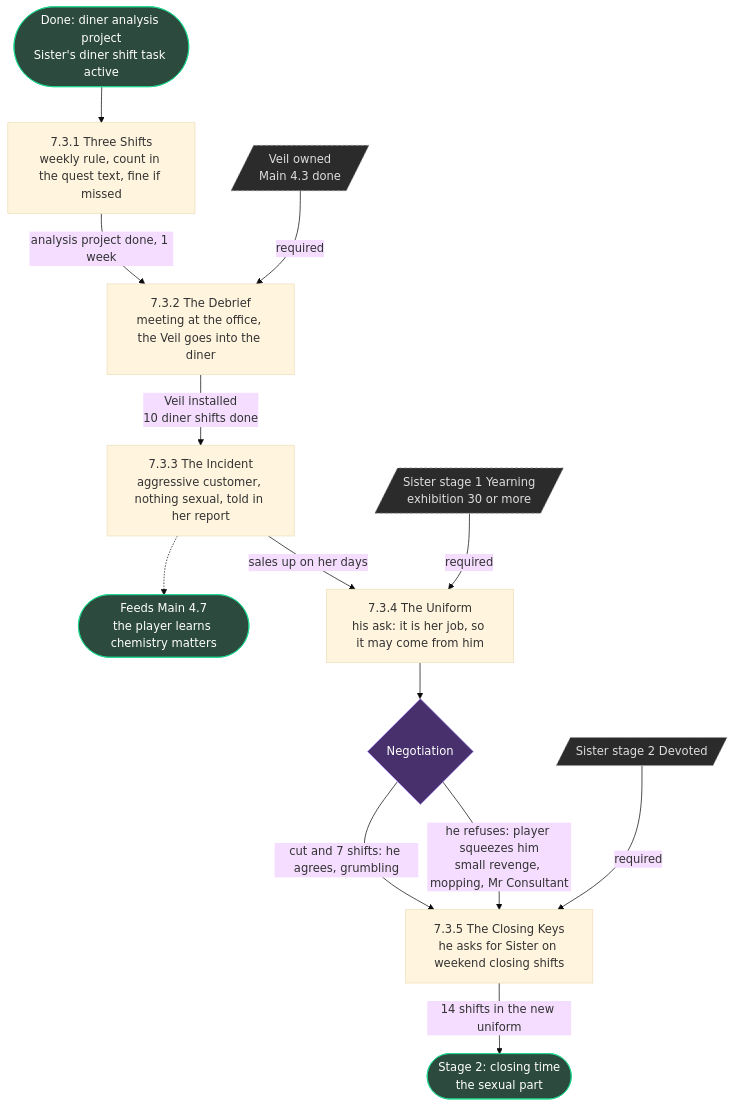
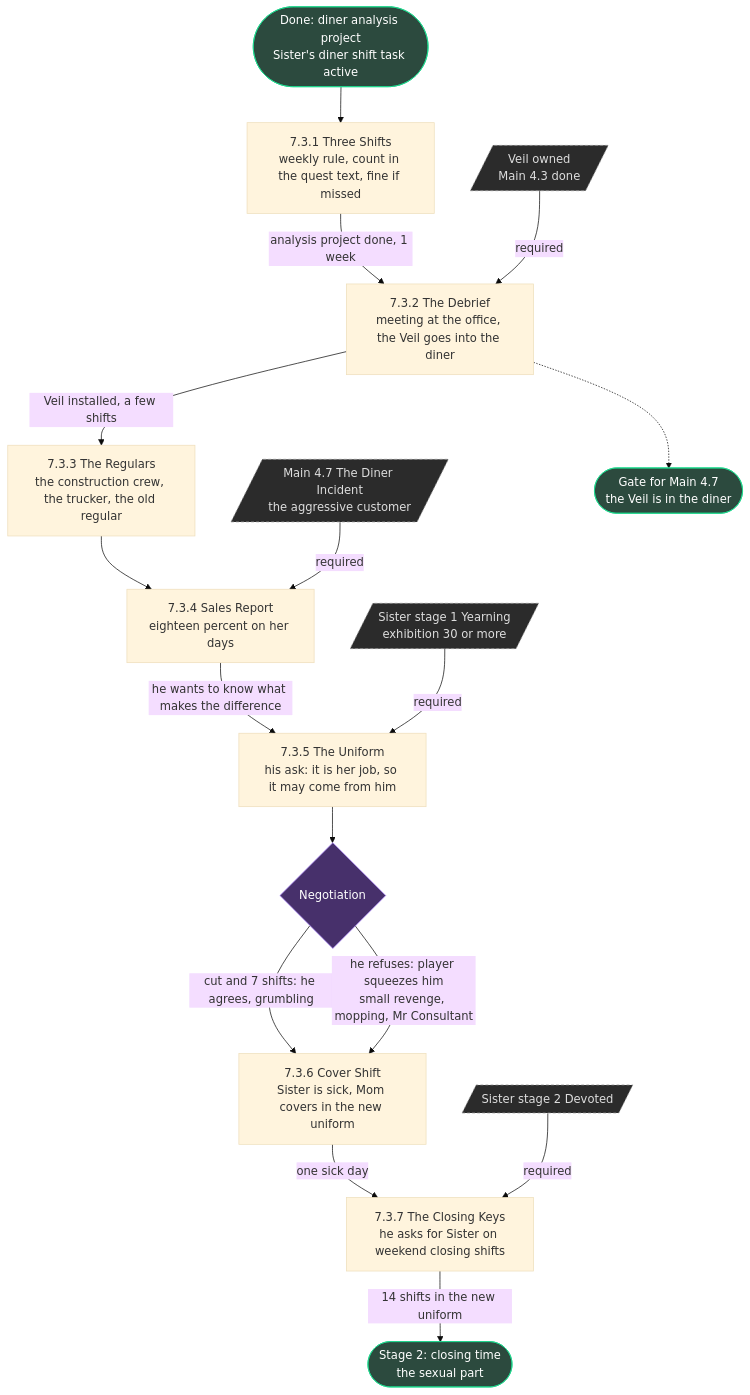
The sixth of 9 diagrams in STAGE1_FLOWCHARTS.md (MichaelWinsauer/RTR), drawn with Mermaid (base theme) before and after one commit. The commit also changed other lines of this file and 2 other files, not shown here.

````diff
--- a/STAGE1_FLOWCHARTS.md
+++ b/STAGE1_FLOWCHARTS.md
@@ -329,34 +335,40 @@
 ```mermaid
 flowchart TD
   S0(["Done: diner analysis project<br/>Sister's diner shift task active"]):::done
 
   M1["7.3.1 Three Shifts<br/>weekly rule, count in the quest text, fine if missed"]
   M2["7.3.2 The Debrief<br/>meeting at the office, the Veil goes into the diner"]
-  M3["7.3.3 The Incident<br/>aggressive customer, nothing sexual, told in her report"]
-  M4["7.3.4 The Uniform<br/>his ask: it is her job, so it may come from him"]
+  M3["7.3.3 The Regulars<br/>the construction crew, the trucker, the old regular"]
+  M4["7.3.4 Sales Report<br/>eighteen percent on her days"]
+  M5["7.3.5 The Uniform<br/>his ask: it is her job, so it may come from him"]
   D1{"Negotiation"}:::choice
-  M5["7.3.5 The Closing Keys<br/>he asks for Sister on weekend closing shifts"]
+  M6["7.3.6 Cover Shift<br/>Sister is sick, Mom covers in the new uniform"]
+  M7["7.3.7 The Closing Keys<br/>he asks for Sister on weekend closing shifts"]
   S2(["Stage 2: closing time<br/>the sexual part"]):::done
 
   G0[/"Veil owned<br/>Main 4.3 done"/]:::gate
+  G3[/"Main 4.7 The Diner Incident<br/>the aggressive customer"/]:::gate
   G1[/"Sister stage 1 Yearning<br/>exhibition 30 or more"/]:::gate
   G2[/"Sister stage 2 Devoted"/]:::gate
-  X1(["Feeds Main 4.7<br/>the player learns chemistry matters"]):::done
+  X1(["Gate for Main 4.7<br/>the Veil is in the diner"]):::done
 
   S0 --> M1
   M1 -->|"analysis project done, 1 week"| M2
   G0 -->|"required"| M2
-  M2 -->|"Veil installed<br/>10 diner shifts done"| M3
-  M3 -.-> X1
-  M3 -->|"sales up on her days"| M4
-  G1 -->|"required"| M4
-  M4 --> D1
-  D1 -->|"cut and 7 shifts: he agrees, grumbling"| M5
-  D1 -->|"he refuses: player squeezes him<br/>small revenge, mopping, Mr Consultant"| M5
-  G2 -->|"required"| M5
-  M5 -->|"14 shifts in the new uniform"| S2
+  M2 -.-> X1
+  M2 -->|"Veil installed, a few shifts"| M3
+  M3 --> M4
+  G3 -->|"required"| M4
+  M4 -->|"he wants to know what makes the difference"| M5
+  G1 -->|"required"| M5
+  M5 --> D1
+  D1 -->|"cut and 7 shifts: he agrees, grumbling"| M6
+  D1 -->|"he refuses: player squeezes him<br/>small revenge, mopping, Mr Consultant"| M6
+  M6 -->|"one sick day"| M7
+  G2 -->|"required"| M7
+  M7 -->|"14 shifts in the new uniform"| S2
 
   classDef done fill:#2c4a3e,stroke:#1cd88d,color:#fff
   classDef choice fill:#47306b,stroke:#b08bff,color:#fff
   classDef gate fill:#2b2b2b,stroke:#999,color:#ddd,stroke-dasharray:4 3
 ```
````
